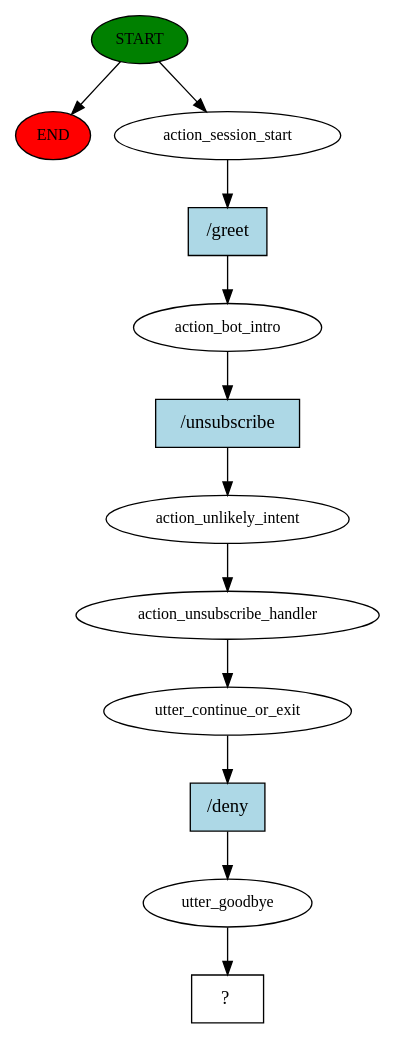
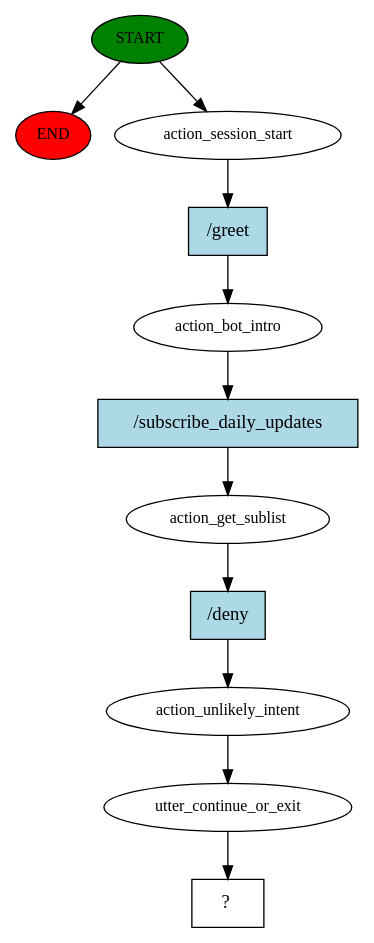
Before and after one commit to rijulizer/FraxBot: the diagram in src/RASA/story_graph.dot, drawn with Graphviz. The commit also changed 8 other files, not shown here.

Commit message:
Added paths- subscribe, get_subscribed_wallets

```diff
--- a/src/RASA/story_graph.dot
+++ b/src/RASA/story_graph.dot
@@ -1,25 +1,23 @@
 digraph  {
 0 [class="start active", fillcolor=green, fontsize=12, label=START, style=filled];
 "-1" [class=end, fillcolor=red, fontsize=12, label=END, style=filled];
 1 [class=active, fontsize=12, label=action_session_start];
 2 [class=active, fontsize=12, label=action_bot_intro];
-3 [class=active, fontsize=12, label=action_unlikely_intent];
-4 [class=active, fontsize=12, label=action_unsubscribe_handler];
+3 [class=active, fontsize=12, label=action_get_sublist];
+4 [class=active, fontsize=12, label=action_unlikely_intent];
 5 [class=active, fontsize=12, label=utter_continue_or_exit];
-6 [class=active, fontsize=12, label=utter_goodbye];
-7 [class="intent dashed active", label="  ?  ", shape=rect];
-8 [class="intent active", fillcolor=lightblue, label="/greet", shape=rect, style=filled];
-9 [class="intent active", fillcolor=lightblue, label="/unsubscribe", shape=rect, style=filled];
-10 [class="intent active", fillcolor=lightblue, label="/deny", shape=rect, style=filled];
+6 [class="intent dashed active", label="  ?  ", shape=rect];
+7 [class="intent active", fillcolor=lightblue, label="/greet", shape=rect, style=filled];
+8 [class="intent active", fillcolor=lightblue, label="/subscribe_daily_updates", shape=rect, style=filled];
+9 [class="intent active", fillcolor=lightblue, label="/deny", shape=rect, style=filled];
 0 -> "-1"  [class="", key=NONE, label=""];
 0 -> 1  [class=active, key=NONE, label=""];
-1 -> 8  [class=active, key=0];
-2 -> 9  [class=active, key=0];
-3 -> 4  [class=active, key=NONE, label=""];
+1 -> 7  [class=active, key=0];
+2 -> 8  [class=active, key=0];
+3 -> 9  [class=active, key=0];
 4 -> 5  [class=active, key=NONE, label=""];
-5 -> 10  [class=active, key=0];
-6 -> 7  [class=active, key=NONE, label=""];
-8 -> 2  [class=active, key=0];
-9 -> 3  [class=active, key=0];
-10 -> 6  [class=active, key=0];
+5 -> 6  [class=active, key=NONE, label=""];
+7 -> 2  [class=active, key=0];
+8 -> 3  [class=active, key=0];
+9 -> 4  [class=active, key=0];
 }
```
